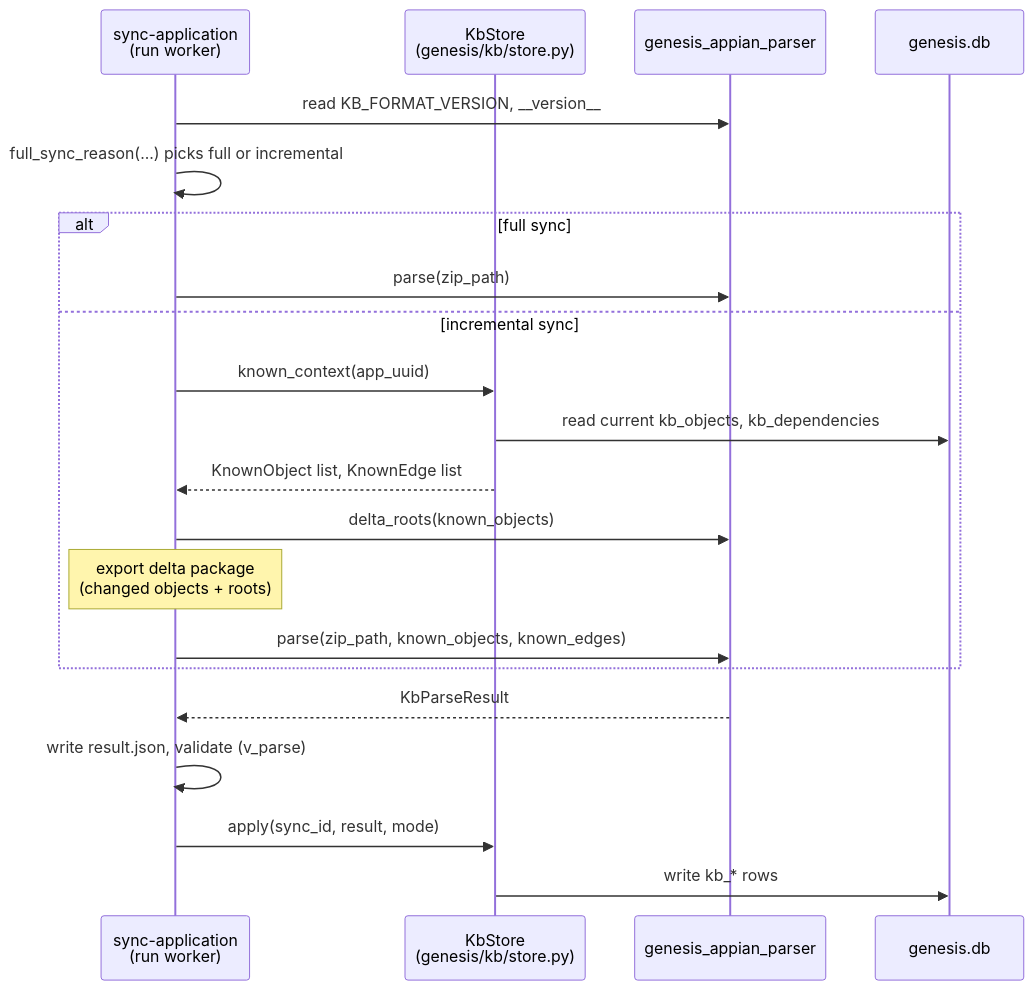
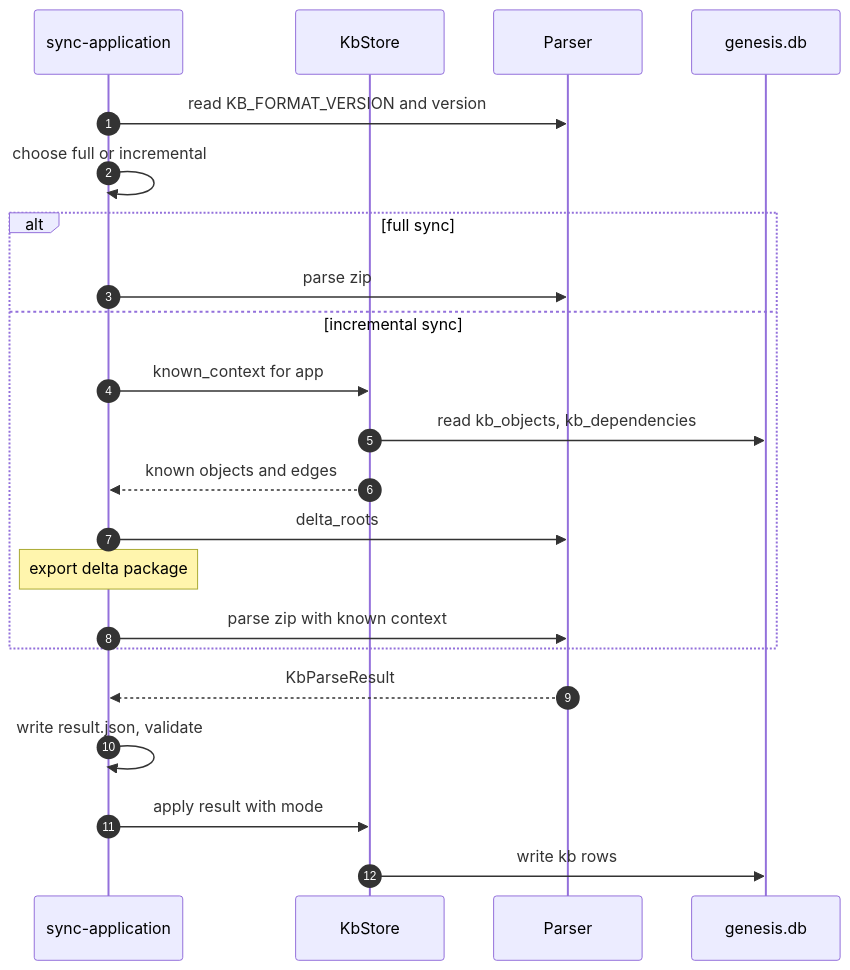
Before and after one commit to ram-020998/project-tracker: the second of 2 diagrams in genesis/architecture/modules/appian-parser.md, drawn with Mermaid. The commit also changed other lines of this file and 24 other files, not shown here.

First line of the commit message:
architecture: rewrite all 86 Mermaid diagrams to one C4 style, each render-checked

````diff
--- a/genesis/architecture/modules/appian-parser.md
+++ b/genesis/architecture/modules/appian-parser.md
@@ -399,24 +396,24 @@
 ```mermaid
 sequenceDiagram
-    participant WF as sync-application<br/>(run worker)
-    participant KS as KbStore<br/>(genesis/kb/store.py)
-    participant P as genesis_appian_parser
+    autonumber
+    participant WF as sync-application
+    participant KS as KbStore
+    participant P as Parser
     participant DB as genesis.db
-
-    WF->>P: read KB_FORMAT_VERSION, __version__
-    WF->>WF: full_sync_reason(...) picks full or incremental
+    WF->>P: read KB_FORMAT_VERSION and version
+    WF->>WF: choose full or incremental
     alt full sync
-        WF->>P: parse(zip_path)
+        WF->>P: parse zip
     else incremental sync
-        WF->>KS: known_context(app_uuid)
-        KS->>DB: read current kb_objects, kb_dependencies
-        KS-->>WF: KnownObject list, KnownEdge list
-        WF->>P: delta_roots(known_objects)
-        Note over WF: export delta package<br/>(changed objects + roots)
-        WF->>P: parse(zip_path, known_objects, known_edges)
+        WF->>KS: known_context for app
+        KS->>DB: read kb_objects, kb_dependencies
+        KS-->>WF: known objects and edges
+        WF->>P: delta_roots
+        Note over WF: export delta package
+        WF->>P: parse zip with known context
     end
     P-->>WF: KbParseResult
-    WF->>WF: write result.json, validate (v_parse)
-    WF->>KS: apply(sync_id, result, mode)
-    KS->>DB: write kb_* rows
+    WF->>WF: write result.json, validate
+    WF->>KS: apply result with mode
+    KS->>DB: write kb rows
 ```
````
